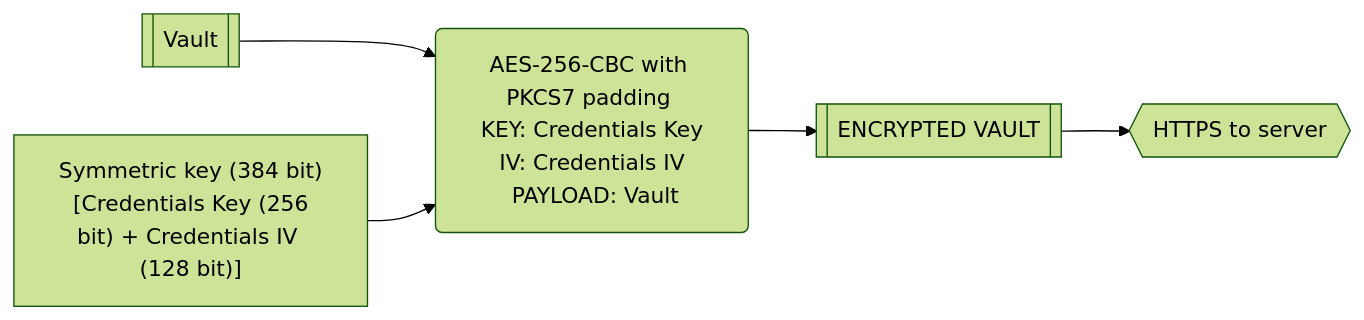
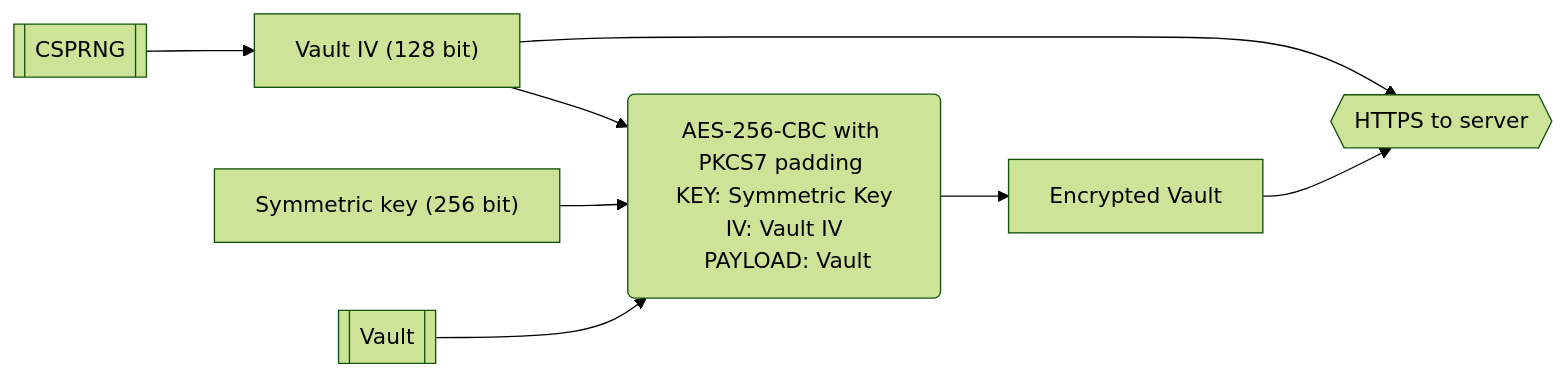
Before and after one commit to lukaarma/pwm_backend: the second of 3 diagrams in specifications/Security Whitepaper.md, drawn with Mermaid (forest theme). The commit also changed other lines of this file and 1 other file, not shown here.

Commit message:
Revisited Encrypter Vault storage Better documentation wording

````diff
--- a/specifications/Security Whitepaper.md
+++ b/specifications/Security Whitepaper.md
@@ -62,14 +65,18 @@
 ```mermaid
 flowchart LR
     VAULT[[Vault]]
-    SYMMETRIC_KEY["Symmetric key (384 bit)<br> [Credentials Key (256 bit) + Credentials IV (128 bit)]"]
-    ENCRYPTED_VAULT[[ENCRYPTED VAULT]]
+    CSPRNG[[CSPRNG]]
+    SYMMETRIC_KEY["Symmetric key (256 bit)"]
+    VAULT_IV["Vault IV (128 bit)"]
+    ENCRYPTED_VAULT[Encrypted Vault]
     HTTPS_TO_SERVER{{HTTPS to server}}
 
-    AES_256_KEY("AES-256-CBC with PKCS7 padding <br> KEY: Credentials Key <br> IV: Credentials IV <br> PAYLOAD: Vault")
+    AES_256_KEY("AES-256-CBC with PKCS7 padding <br> KEY: Symmetric Key <br> IV: Vault IV <br> PAYLOAD: Vault")
 
+    CSPRNG --> VAULT_IV --> AES_256_KEY
+    SYMMETRIC_KEY --> AES_256_KEY
+    VAULT --> AES_256_KEY
 
-    VAULT --> AES_256_KEY
-    SYMMETRIC_KEY --> AES_256_KEY
+    VAULT_IV --> HTTPS_TO_SERVER
     AES_256_KEY --> ENCRYPTED_VAULT --> HTTPS_TO_SERVER
 ```
````
